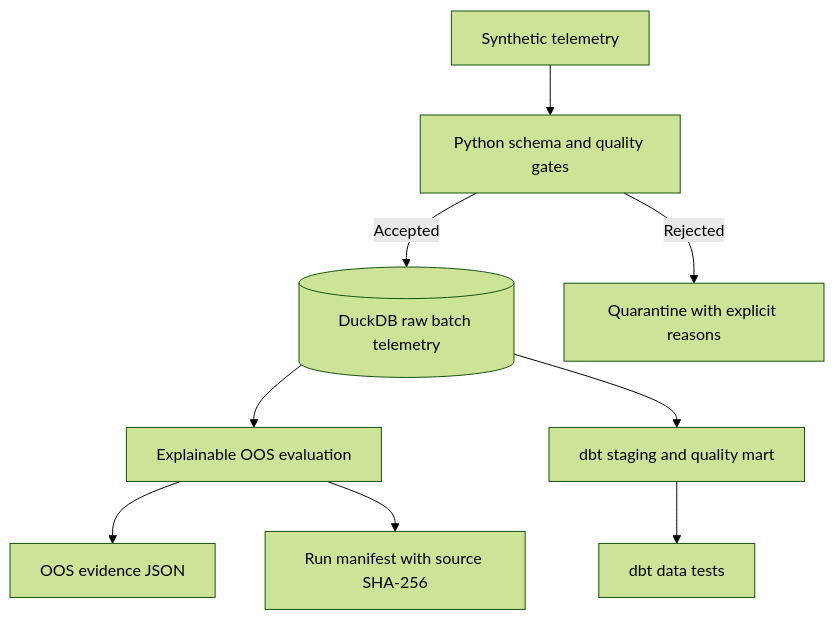
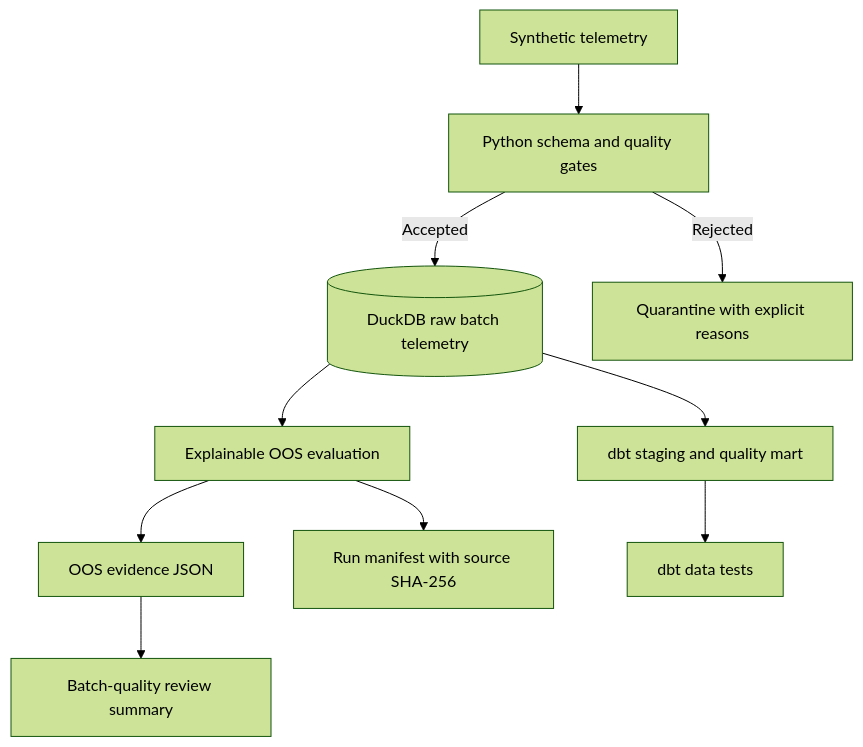
The first of 4 diagrams in README.md (alianisreyesr/gxp-batch-data-pipeline), drawn with Mermaid (forest theme) before and after one commit. The commit also changed other lines of this file and 6 other files, not shown here.

First line of the commit message:
feat: add a batch-quality review summary

````diff
--- a/README.md
+++ b/README.md
@@ -30,11 +30,12 @@
 ```mermaid
 flowchart TD
     A[Synthetic telemetry] --> B[Python schema and quality gates]
     B -->|Accepted| C[(DuckDB raw batch telemetry)]
     B -->|Rejected| D[Quarantine with explicit reasons]
     C --> E[Explainable OOS evaluation]
     E --> F[OOS evidence JSON]
+    F --> J[Batch-quality review summary]
     E --> G[Run manifest with source SHA-256]
     C --> H[dbt staging and quality mart]
     H --> I[dbt data tests]
 ```
````
